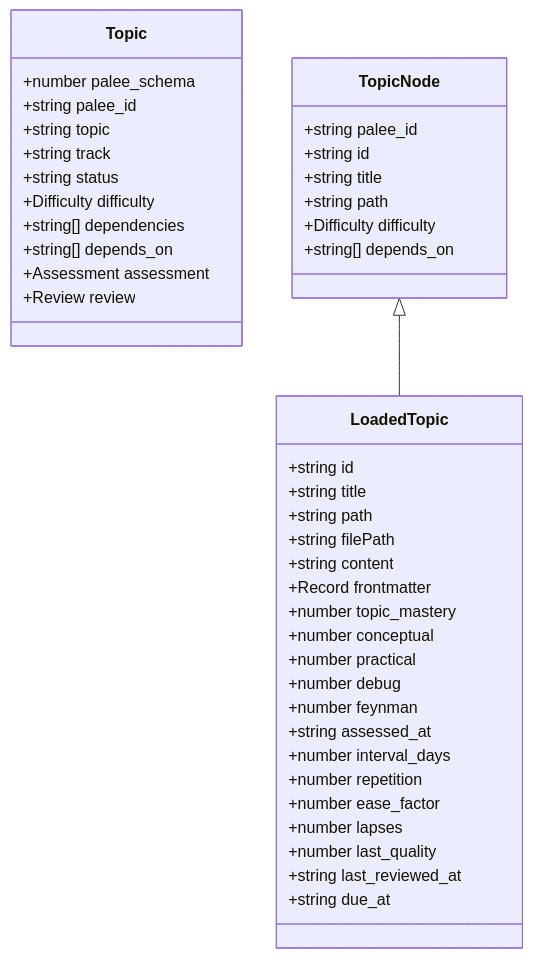
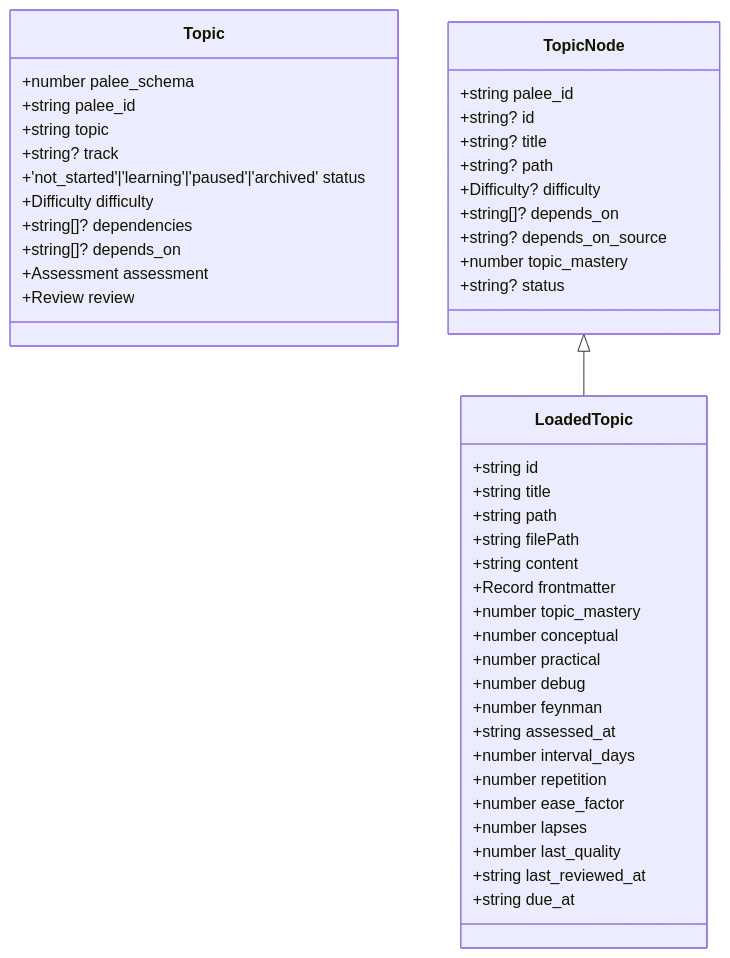
The fifth of 6 diagrams in Data Models and Types/Topic Entity.md (Kuldeep2822k/palee-architecture), drawn with Mermaid before and after one commit. The commit also changed other lines of this file and 7 other files, not shown here.

````diff
--- a/Data Models and Types/Topic Entity.md
+++ b/Data Models and Types/Topic Entity.md
@@ -256,48 +258,51 @@
 ```mermaid
 classDiagram
     class Topic {
         +number palee_schema
         +string palee_id
         +string topic
-        +string track
-        +string status
+        +string? track
+        +'not_started'|'learning'|'paused'|'archived' status
         +Difficulty difficulty
-        +string[] dependencies
-        +string[] depends_on
+        +string[]? dependencies
+        +string[]? depends_on
         +Assessment assessment
         +Review review
     }
 
     class TopicNode {
         +string palee_id
-        +string id
-        +string title
-        +string path
-        +Difficulty difficulty
-        +string[] depends_on
+        +string? id
+        +string? title
+        +string? path
+        +Difficulty? difficulty
+        +string[]? depends_on
+        +string? depends_on_source
+        +number topic_mastery
+        +string? status
     }
 
     class LoadedTopic {
         +string id
         +string title
         +string path
         +string filePath
         +string content
         +Record frontmatter
         +number topic_mastery
         +number conceptual
         +number practical
         +number debug
         +number feynman
         +string assessed_at
         +number interval_days
         +number repetition
         +number ease_factor
         +number lapses
         +number last_quality
         +string last_reviewed_at
         +string due_at
     }
 
     TopicNode <|-- LoadedTopic
 ```
````
